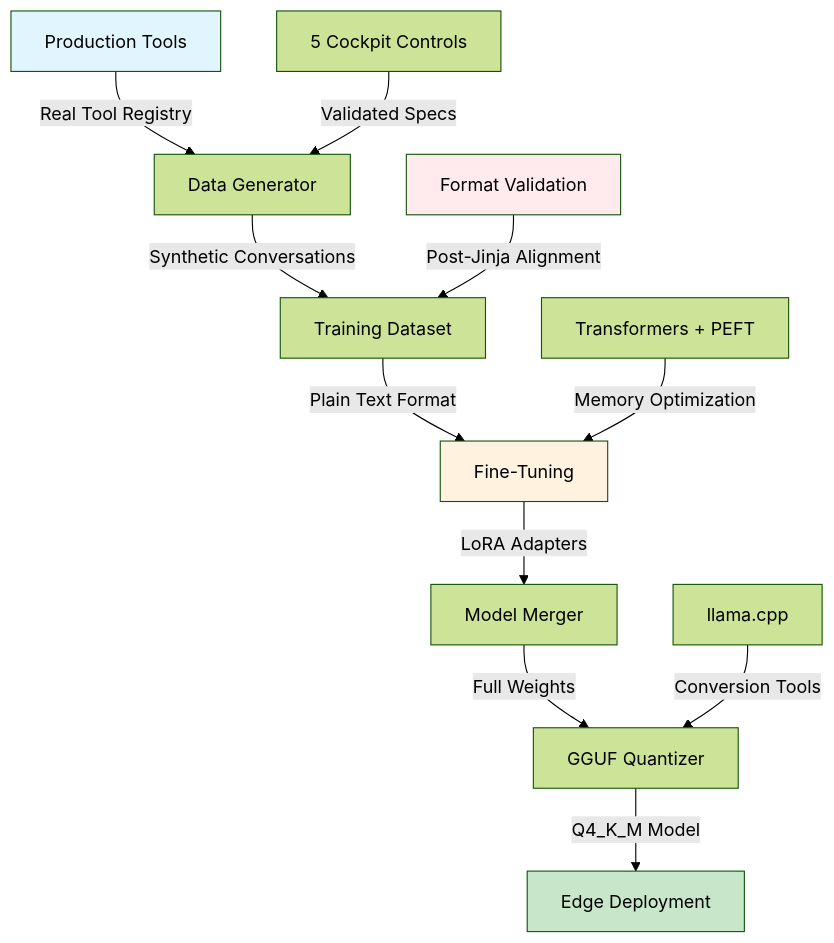
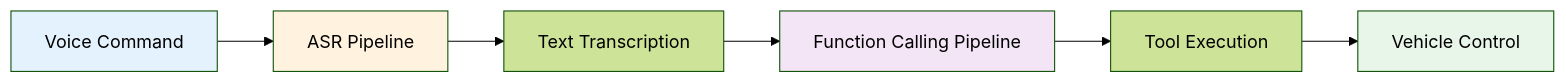
The diagram in 02-samples/14-agentic-ai-at-the-edge/docs/data-science-pipeline.md (PatrickPalmer/samples-dev), drawn with Mermaid (forest theme) before and after one commit. The commit also changed other lines of this file and 1 other file, not shown here.

````diff
--- a/02-samples/14-agentic-ai-at-the-edge/docs/data-science-pipeline.md
+++ b/02-samples/14-agentic-ai-at-the-edge/docs/data-science-pipeline.md
@@ -9,19 +9,13 @@
 ```mermaid
-flowchart TD
-    A[Production Tools] -->|Real Tool Registry| B[Data Generator]
-    B -->|Synthetic Conversations| C[Training Dataset]
-    C -->|Plain Text Format| D[Fine-Tuning]
-    D -->|LoRA Adapters| E[Model Merger]
-    E -->|Full Weights| F[GGUF Quantizer]
-    F -->|Q4_K_M Model| G[Edge Deployment]
+flowchart LR
+    A[Voice Command] --> B[ASR Pipeline]
+    B --> C[Text Transcription]
+    C --> D[Function Calling Pipeline]
+    D --> E[Tool Execution]
+    E --> F[Vehicle Control]
     
-    H[5 Cockpit Controls] -->|Validated Specs| B
-    I[Transformers + PEFT] -->|Memory Optimization| D
-    J[llama.cpp] -->|Conversion Tools| F
-    K[Format Validation] -->|Post-Jinja Alignment| C
-    
-    style A fill:#e1f5fe
-    style G fill:#c8e6c9
-    style D fill:#fff3e0
-    style K fill:#ffebee
+    style A fill:#e3f2fd
+    style B fill:#fff3e0
+    style D fill:#f3e5f5
+    style F fill:#e8f5e9
 ```
````
